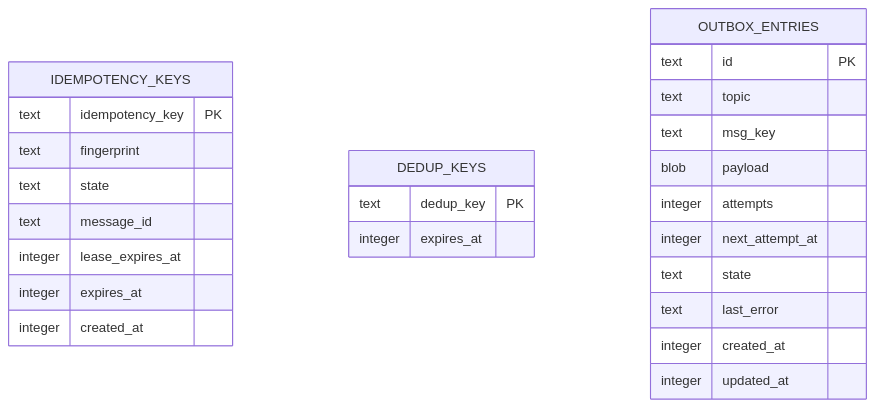
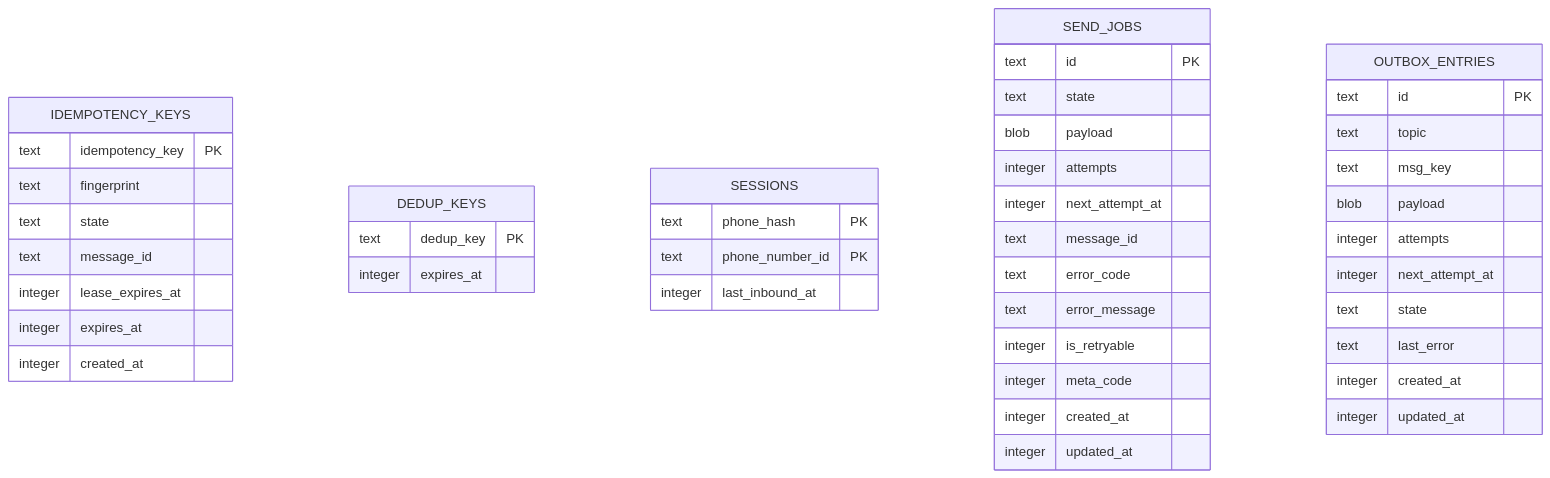
Diagram 11 of 11 in docs/architecture.md (NayanthaNethsara/zephyr), drawn with Mermaid before and after one commit. The commit also changed other lines of this file and 9 other files, not shown here.

````diff
--- a/docs/architecture.md
+++ b/docs/architecture.md
@@ -327,28 +394,47 @@
 ```mermaid
 erDiagram
     IDEMPOTENCY_KEYS {
         text idempotency_key PK
         text fingerprint
         text state
         text message_id
         integer lease_expires_at
         integer expires_at
         integer created_at
     }
     DEDUP_KEYS {
         text dedup_key PK
         integer expires_at
     }
+    SESSIONS {
+        text phone_hash PK
+        text phone_number_id PK
+        integer last_inbound_at
+    }
+    SEND_JOBS {
+        text id PK
+        text state
+        blob payload
+        integer attempts
+        integer next_attempt_at
+        text message_id
+        text error_code
+        text error_message
+        integer is_retryable
+        integer meta_code
+        integer created_at
+        integer updated_at
+    }
     OUTBOX_ENTRIES {
         text id PK
         text topic
         text msg_key
         blob payload
         integer attempts
         integer next_attempt_at
         text state
         text last_error
         integer created_at
         integer updated_at
     }
 ```
````
